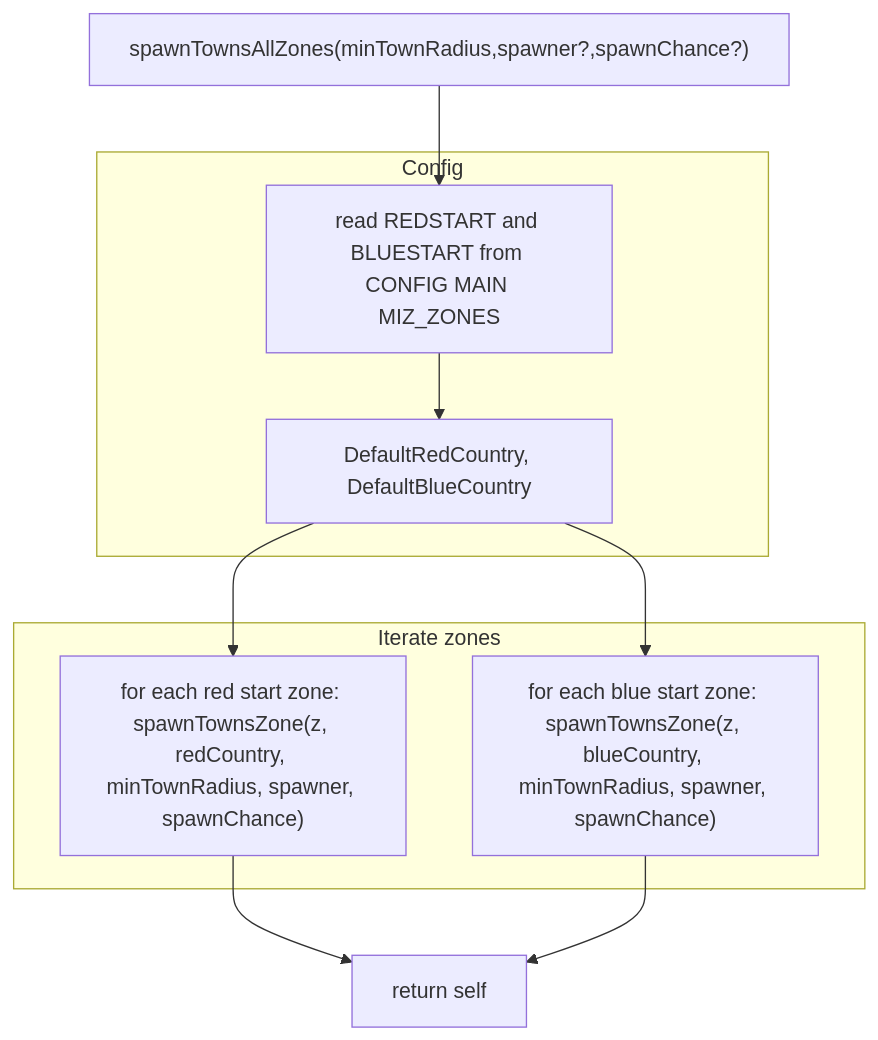
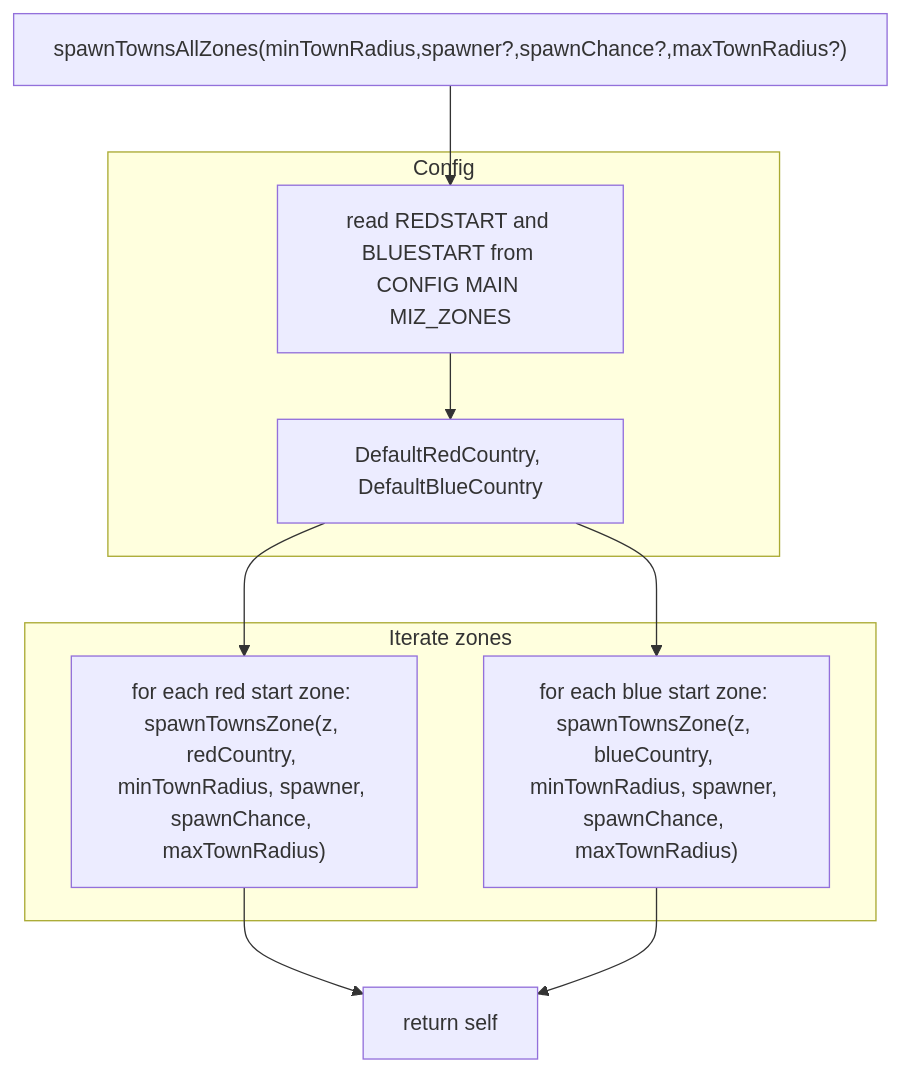
The second of 4 diagrams in docs/zone_manager/towns.md (Gh0st352/AETHR), drawn with Mermaid before and after one commit. The commit also changed other lines of this file and 2 other files, not shown here.

First line of the commit message:
feat(zone-manager): add maxTownRadius filter and circle spawn

````diff
--- a/docs/zone_manager/towns.md
+++ b/docs/zone_manager/towns.md
@@ -50,17 +51,17 @@
 ```mermaid
 %% shared theme: docs/_mermaid/theme.json %%
 flowchart TD
-  SAZ1["spawnTownsAllZones(minTownRadius,spawner?,spawnChance?)"] --> C0[read REDSTART and BLUESTART from CONFIG MAIN MIZ_ZONES]
+  SAZ1["spawnTownsAllZones(minTownRadius,spawner?,spawnChance?,maxTownRadius?)"] --> C0[read REDSTART and BLUESTART from CONFIG MAIN MIZ_ZONES]
   subgraph "Config"
     C0 --> C1[DefaultRedCountry, DefaultBlueCountry]
   end
   subgraph "Iterate zones"
-    C1 --> R1["for each red start zone: spawnTownsZone(z, redCountry, minTownRadius, spawner, spawnChance)"]
-    C1 --> B1["for each blue start zone: spawnTownsZone(z, blueCountry, minTownRadius, spawner, spawnChance)"]
+    C1 --> R1["for each red start zone: spawnTownsZone(z, redCountry, minTownRadius, spawner, spawnChance, maxTownRadius)"]
+    C1 --> B1["for each blue start zone: spawnTownsZone(z, blueCountry, minTownRadius, spawner, spawnChance, maxTownRadius)"]
   end
   R1 --> OUT[return self]
   B1 --> OUT
   class C0,C1 class_io;
   class R1,B1 class_step;
   class OUT class_result;
 ```
````
